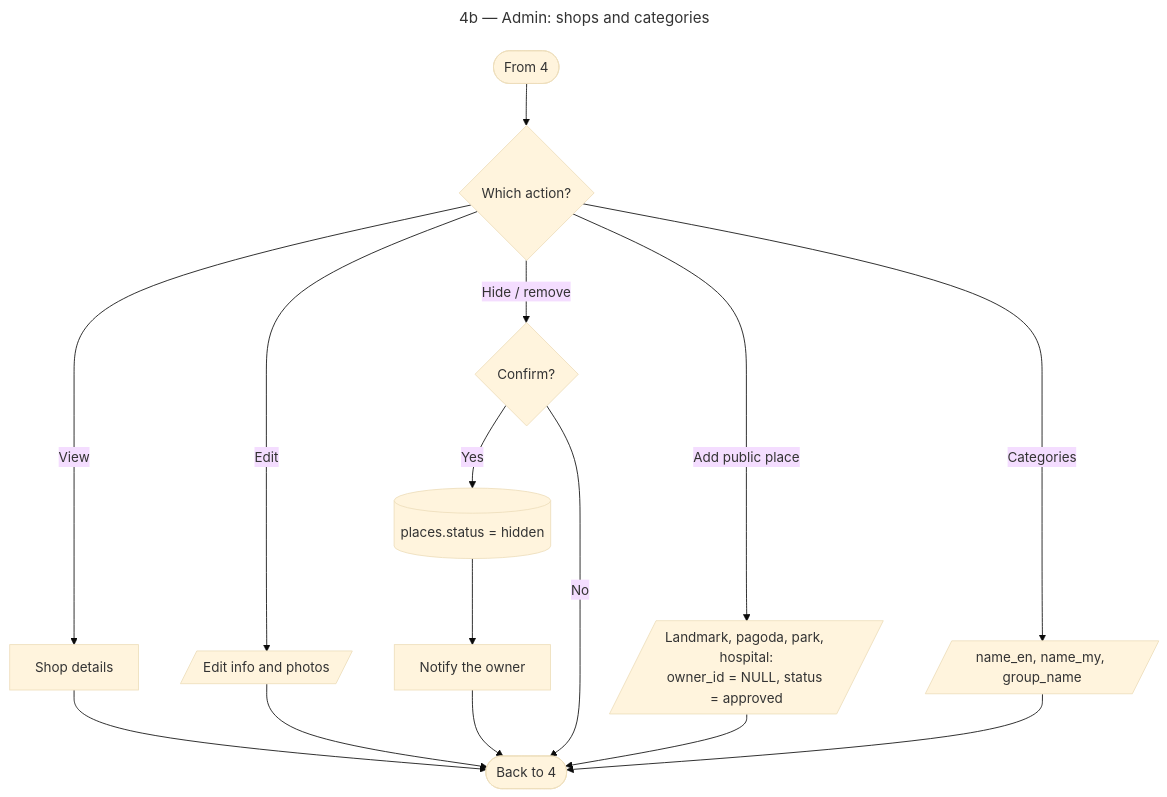
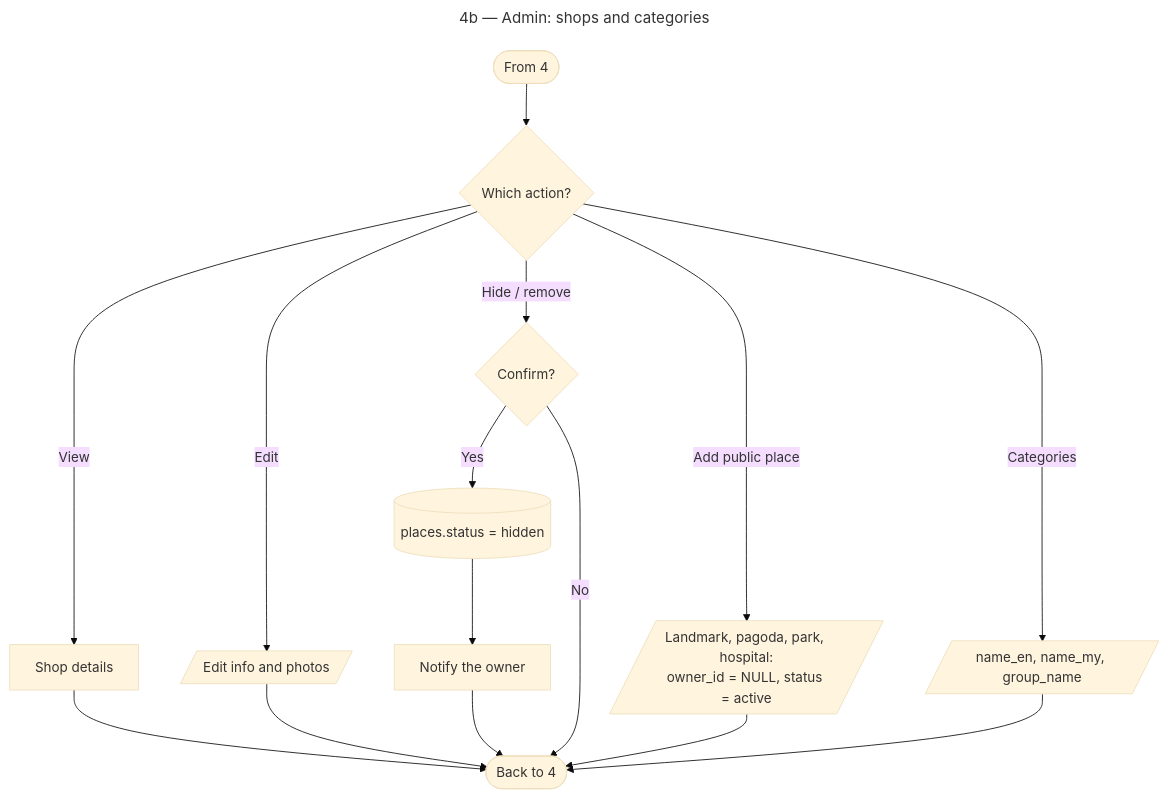
One commit to YeNaingOo969/POINTER changed the diagram in frontend/docs/flows/4b-shops-categories.mmd. Above: the diagram before and after it, drawn with Mermaid (base theme). The commit also changed 20 other files, not shown here.

First line of the commit message:
Use the ER place statuses: pending, active, rejected, hidden

```diff
--- a/frontend/docs/flows/4b-shops-categories.mmd
+++ b/frontend/docs/flows/4b-shops-categories.mmd
@@ -1,14 +1,14 @@
 ---
 title: "4b — Admin: shops and categories"
 ---
 flowchart TD
   S([From 4]) --> SHQ{Which action?}
   SHQ -- View --> SV[Shop details]
   SHQ -- Edit --> SE[/"Edit info and photos"/]
   SHQ -- Hide / remove --> SRQ{Confirm?}
   SRQ -- Yes --> SRT[("places.status = hidden")]
   SRT --> N4[Notify the owner]
-  SHQ -- Add public place --> PP[/"Landmark, pagoda, park, hospital:<br/>owner_id = NULL, status = approved"/]
+  SHQ -- Add public place --> PP[/"Landmark, pagoda, park, hospital:<br/>owner_id = NULL, status = active"/]
   SHQ -- Categories --> CA[/"name_en, name_my, group_name"/]
   SV & SE & N4 & PP & CA --> E([Back to 4])
   SRQ -- No --> E
```
